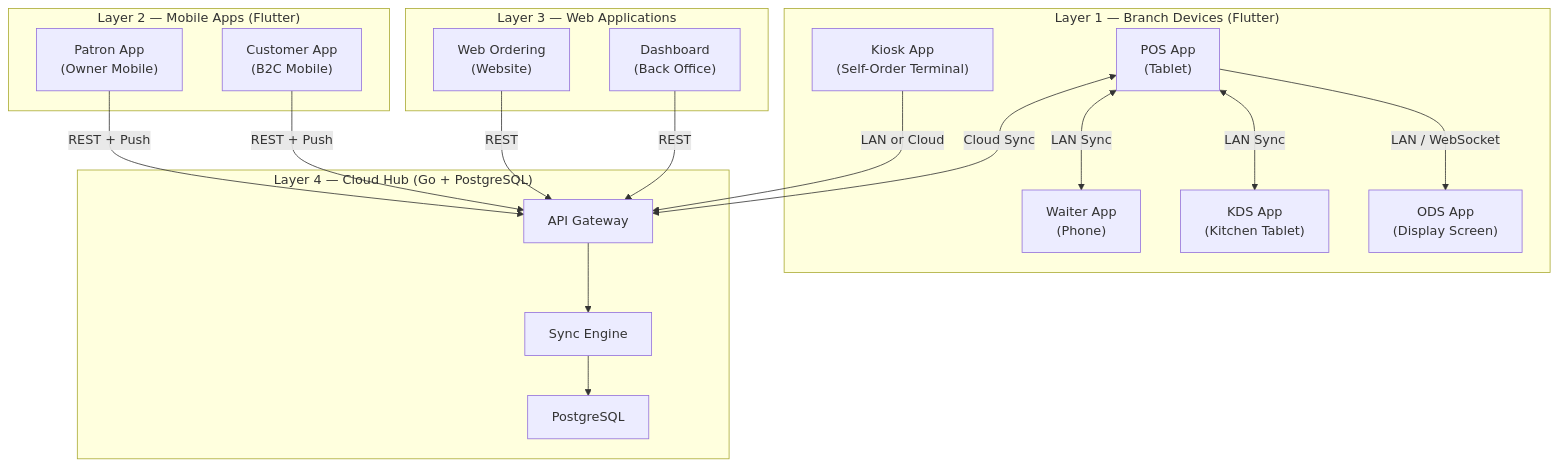
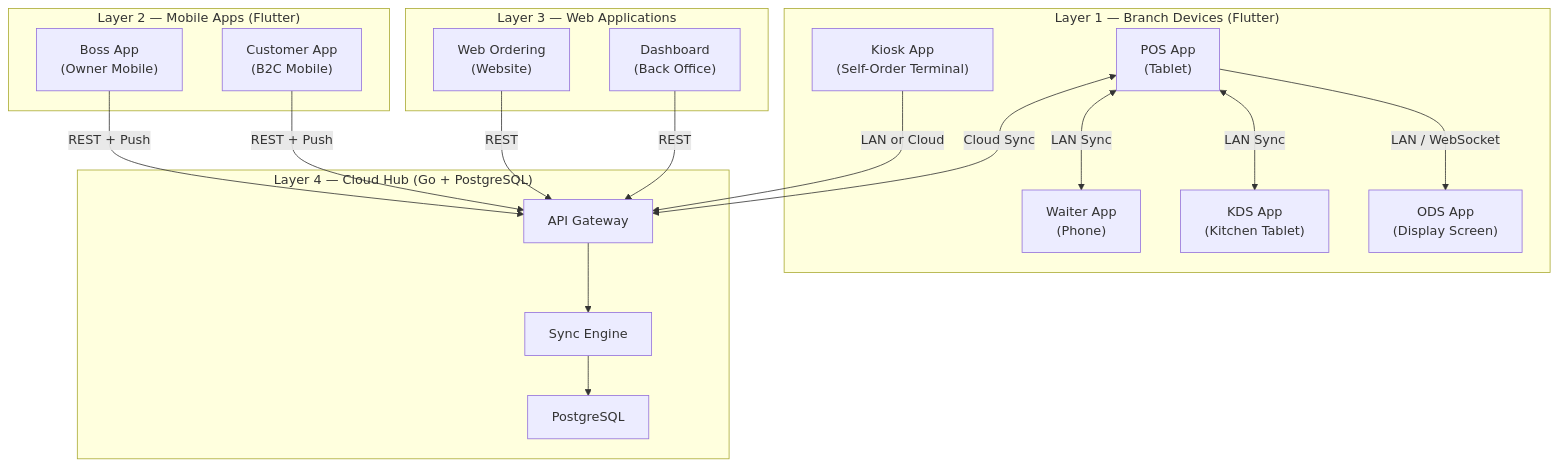
One commit to 2techdev/restaurant changed the first of 7 diagrams in docs/22-multi-app-architecture.md. Above: the diagram before and after it, drawn with Mermaid. The commit also changed other lines of this file and 5 other files, not shown here.

First line of the commit message:
rename: patron → boss (post-pilot owner mobile app)

````diff
--- a/docs/22-multi-app-architecture.md
+++ b/docs/22-multi-app-architecture.md
@@ -29,40 +29,40 @@
 ```mermaid
 graph TB
     subgraph "Layer 1 — Branch Devices (Flutter)"
         POS["POS App<br/>(Tablet)"]
         WAITER["Waiter App<br/>(Phone)"]
         KDS["KDS App<br/>(Kitchen Tablet)"]
         ODS["ODS App<br/>(Display Screen)"]
         KIOSK["Kiosk App<br/>(Self-Order Terminal)"]
     end
 
     subgraph "Layer 2 — Mobile Apps (Flutter)"
-        PATRON["Patron App<br/>(Owner Mobile)"]
+        BOSS["Boss App<br/>(Owner Mobile)"]
         CUSTOMER["Customer App<br/>(B2C Mobile)"]
     end
 
     subgraph "Layer 3 — Web Applications"
         WEB_ORDER["Web Ordering<br/>(Website)"]
         DASHBOARD["Dashboard<br/>(Back Office)"]
     end
 
     subgraph "Layer 4 — Cloud Hub (Go + PostgreSQL)"
         API["API Gateway"]
         SYNC["Sync Engine"]
         DB["PostgreSQL"]
     end
 
     POS <-->|LAN Sync| WAITER
     POS <-->|LAN Sync| KDS
     POS -->|LAN / WebSocket| ODS
     KIOSK -->|LAN or Cloud| API
 
     POS <-->|Cloud Sync| API
-    PATRON -->|REST + Push| API
+    BOSS -->|REST + Push| API
     CUSTOMER -->|REST + Push| API
     WEB_ORDER -->|REST| API
     DASHBOARD -->|REST| API
 
     API --> SYNC
     SYNC --> DB
 ```
````
